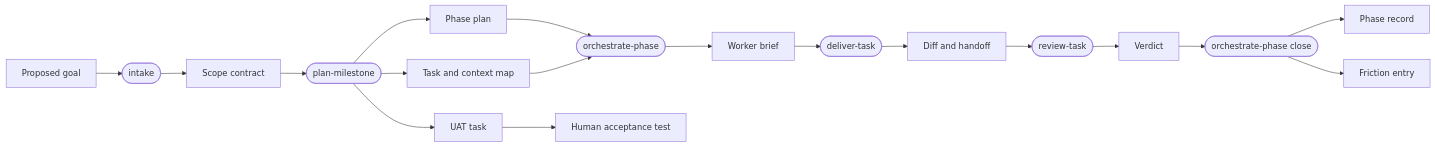
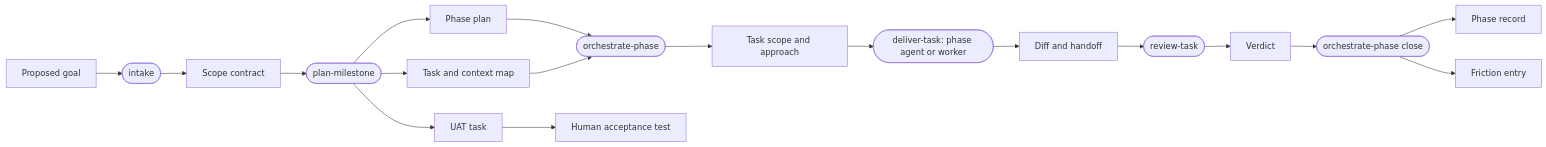
Before and after one commit to SwitchOCE/Switchflow: the first of 3 diagrams in template/backlog/docs/doc-06 - Workflow-diagrams.md, drawn with Mermaid. The commit also changed other lines of this file and 13 other files, not shown here.

````diff
--- a/template/backlog/docs/doc-06 - Workflow-diagrams.md
+++ b/template/backlog/docs/doc-06 - Workflow-diagrams.md
@@ -20,20 +20,20 @@
 ```mermaid
 flowchart LR
     G[Proposed goal] --> I([intake])
     I --> SC[Scope contract]
     SC --> P([plan-milestone])
     P --> PL[Phase plan]
     P --> TM[Task and context map]
     P --> UT[UAT task]
     PL --> O([orchestrate-phase])
     TM --> O
-    O --> B[Worker brief]
-    B --> D([deliver-task])
+    O --> B[Task scope and approach]
+    B --> D([deliver-task: phase agent or worker])
     D --> DF[Diff and handoff]
     DF --> RV([review-task])
     RV --> VD[Verdict]
     VD --> A([orchestrate-phase close])
     A --> PR[Phase record]
     A --> FR[Friction entry]
     UT --> UAT[Human acceptance test]
 ```
````
